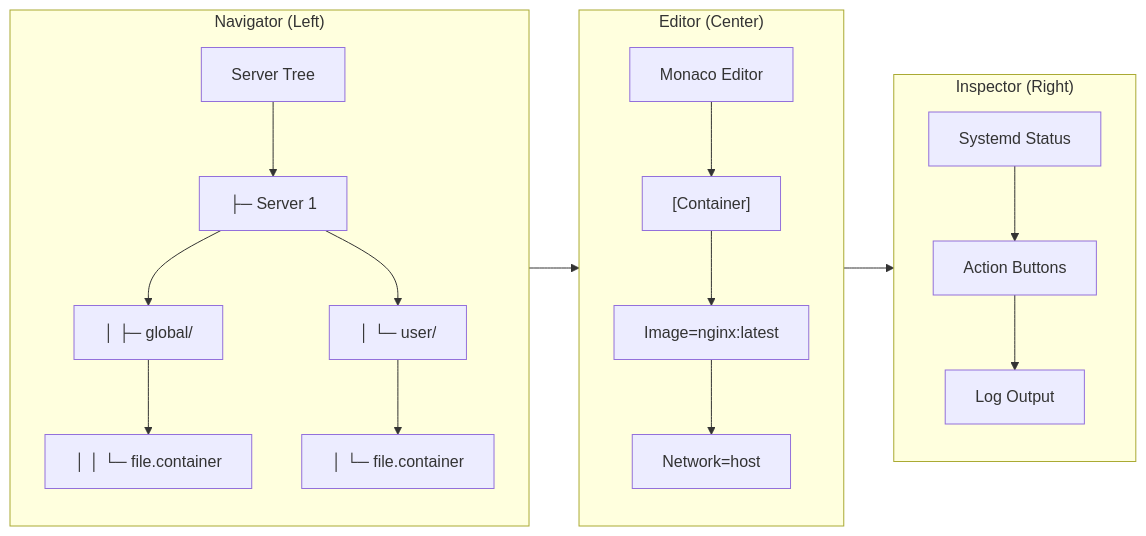
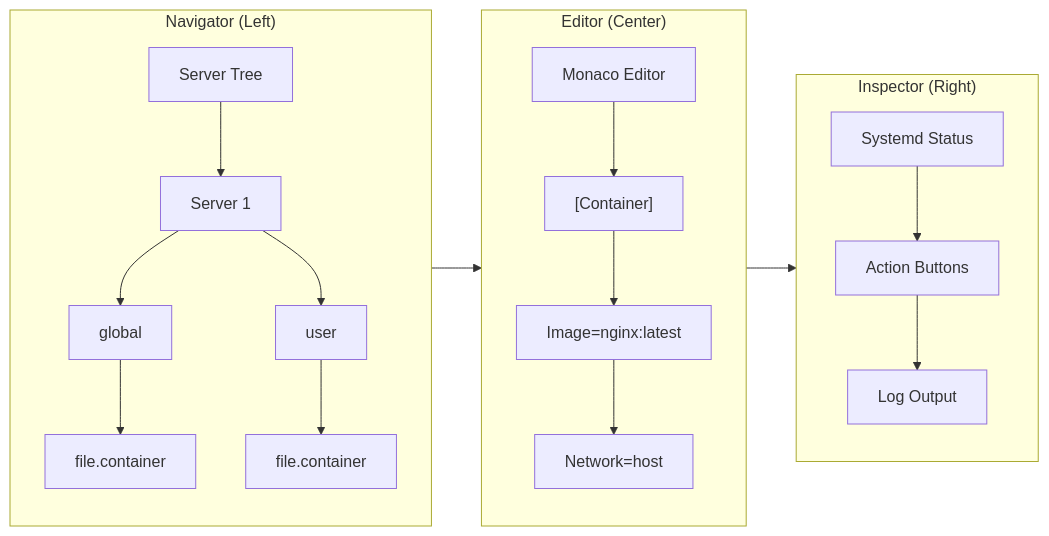
The third of 8 diagrams in docs/ARCHITECTURE.md (karoltheguy/QuadletManager), drawn with Mermaid before and after one commit. The commit also changed other lines of this file, not shown here.

Commit message:
docs: update architecture documentation to include terminal support, container event tracking, theme management, and expanded API endpoints.

````diff
--- a/docs/ARCHITECTURE.md
+++ b/docs/ARCHITECTURE.md
@@ -161,30 +165,30 @@
 ```mermaid
 flowchart LR
 subgraph Navigator["Navigator (Left)"]
 N1["Server Tree"]
-N2["├─ Server 1"]
-N3["│ ├─ global/"]
-N4["│ │ └─ file.container"]
-N5["│ └─ user/"]
-N6["│ └─ file.container"]
+N2["Server 1"]
+N3["global"]
+N4["file.container"]
+N5["user"]
+N6["file.container"]
 N1 --> N2 --> N3 --> N4
 N2 --> N5 --> N6
 end
 
 subgraph Editor["Editor (Center)"]
 E1["Monaco Editor"]
 E2["[Container]"]
 E3["Image=nginx:latest"]
 E4["Network=host"]
 E1 --> E2 --> E3 --> E4
 end
 
 subgraph Inspector["Inspector (Right)"]
 I1["Systemd Status"]
 I2["Action Buttons"]
 I3["Log Output"]
 I1 --> I2 --> I3
 end
 
 Navigator --> Editor --> Inspector
 ```
````
